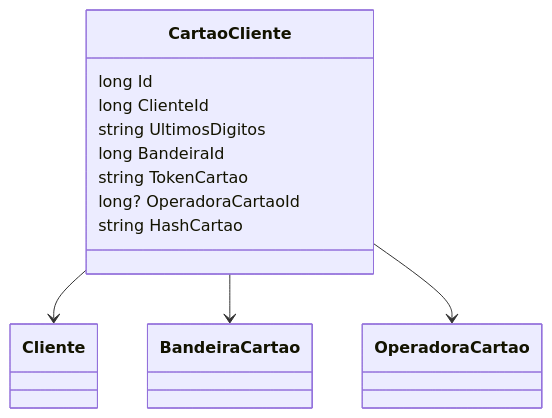
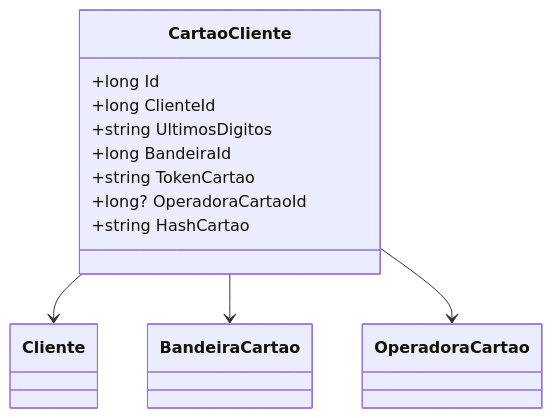
The diagram in docs/b2b-dominio/IsthmusWinthor.Nucleo/IsthmusWinthor.Dominio/Entidades/CartaoCliente.md (IsthmusSistemas/documentacao-tecnica), drawn with Mermaid before and after one commit. The commit also changed other lines of this file and 882 other files, not shown here.

````diff
--- a/docs/b2b-dominio/IsthmusWinthor.Nucleo/IsthmusWinthor.Dominio/Entidades/CartaoCliente.md
+++ b/docs/b2b-dominio/IsthmusWinthor.Nucleo/IsthmusWinthor.Dominio/Entidades/CartaoCliente.md
@@ -28,20 +25,15 @@
 ```mermaid
 classDiagram
     class CartaoCliente {
-        long Id
-        long ClienteId
-        string UltimosDigitos
-        long BandeiraId
-        string TokenCartao
-        long? OperadoraCartaoId
-        string HashCartao
+        +long Id
+        +long ClienteId
+        +string UltimosDigitos
+        +long BandeiraId
+        +string TokenCartao
+        +long? OperadoraCartaoId
+        +string HashCartao
     }
-
-    class Cliente
-    class BandeiraCartao
-    class OperadoraCartao
-    
     CartaoCliente --> Cliente
     CartaoCliente --> BandeiraCartao
     CartaoCliente --> OperadoraCartao
-``` 
+```
````
